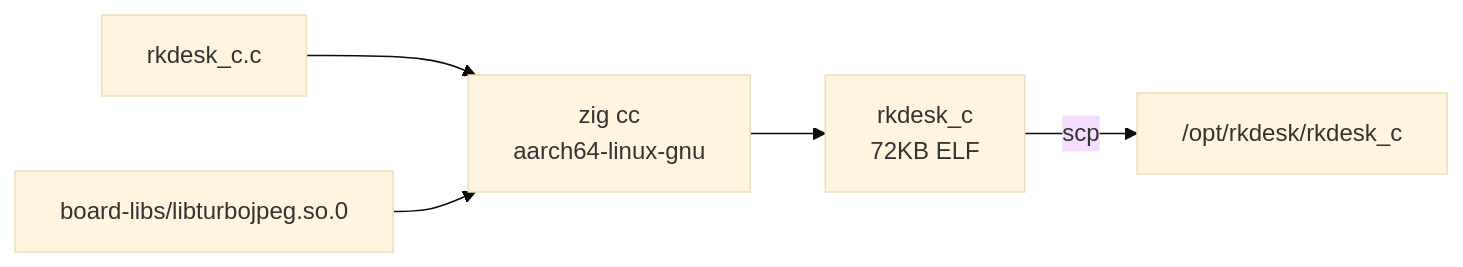
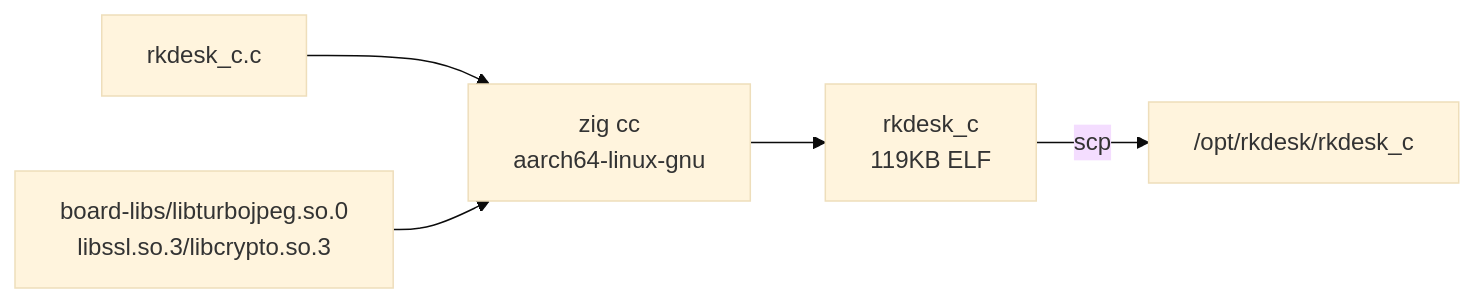
Before and after one commit to OGpig/RK3576: diagram 11 of 12 in RKDesk/docs/IMPLEMENTATION.md, drawn with Mermaid (base theme). The commit also changed other lines of this file and 11 other files, not shown here.

````diff
--- a/RKDesk/docs/IMPLEMENTATION.md
+++ b/RKDesk/docs/IMPLEMENTATION.md
@@ -600,7 +601,7 @@
 ```mermaid
 flowchart LR
     A["rkdesk_c.c"] --> B["zig cc<br/>aarch64-linux-gnu"]
-    C["board-libs/libturbojpeg.so.0"] --> B
-    B --> D["rkdesk_c<br/>72KB ELF"]
+    C["board-libs/libturbojpeg.so.0<br/>libssl.so.3/libcrypto.so.3"] --> B
+    B --> D["rkdesk_c<br/>119KB ELF"]
     D -->|scp| E["/opt/rkdesk/rkdesk_c"]
 ```
````
